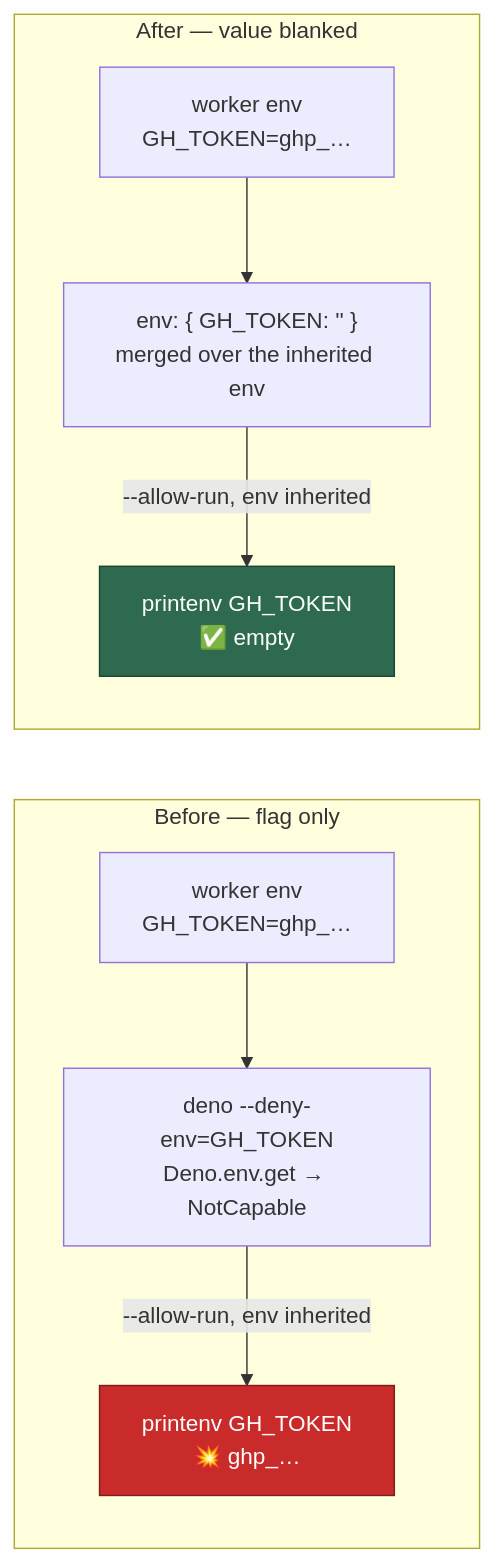
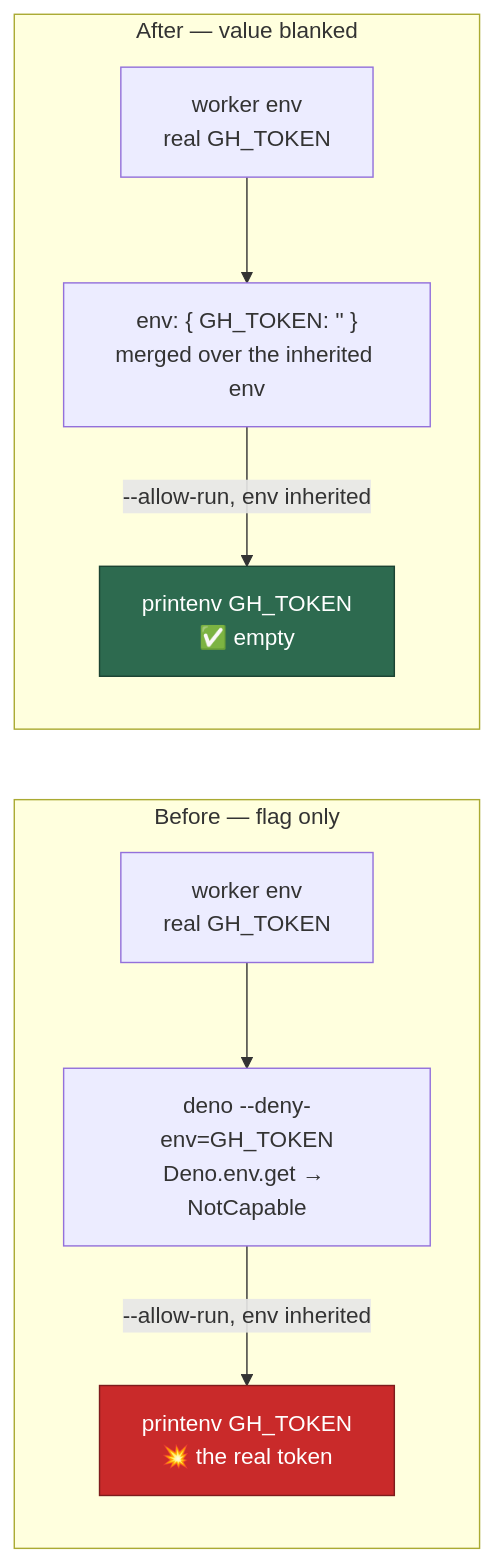
Before and after one commit to stSoftwareAU/VibeCoder: the diagram in docs/archive/pr-summaries/pr-summary-1288.md, drawn with Mermaid. The commit also changed other lines of this file, not shown here.

First line of the commit message:
📝 Reword the PR summary so the redaction chokepoint leaves the diagram intact (Issue #1288)

````diff
--- a/docs/archive/pr-summaries/pr-summary-1288.md
+++ b/docs/archive/pr-summaries/pr-summary-1288.md
@@ -19,13 +19,13 @@
 ```mermaid
 flowchart LR
     subgraph before["Before — flag only"]
-        W1["worker env<br/>GH_TOKEN=ghp_…"] --> D1["deno --deny-env=GH_TOKEN<br/>Deno.env.get → NotCapable"]
-        D1 -->|"--allow-run, env inherited"| C1["printenv GH_TOKEN<br/>💥 ghp_…"]
+        W1["worker env<br/>real GH_TOKEN"] --> D1["deno --deny-env=GH_TOKEN<br/>Deno.env.get → NotCapable"]
+        D1 -->|"--allow-run, env inherited"| C1["printenv GH_TOKEN<br/>💥 the real token"]
     end
     subgraph after["After — value blanked"]
-        W2["worker env<br/>GH_TOKEN=ghp_…"] --> D2["env: { GH_TOKEN: '' }<br/>merged over the inherited env"]
+        W2["worker env<br/>real GH_TOKEN"] --> D2["env: { GH_TOKEN: '' }<br/>merged over the inherited env"]
         D2 -->|"--allow-run, env inherited"| C2["printenv GH_TOKEN<br/>✅ empty"]
     end
     style C1 fill:#c92a2a,stroke:#7d1c1c,color:#fff
     style C2 fill:#2d6a4f,stroke:#1b4332,color:#fff
 ```
````
